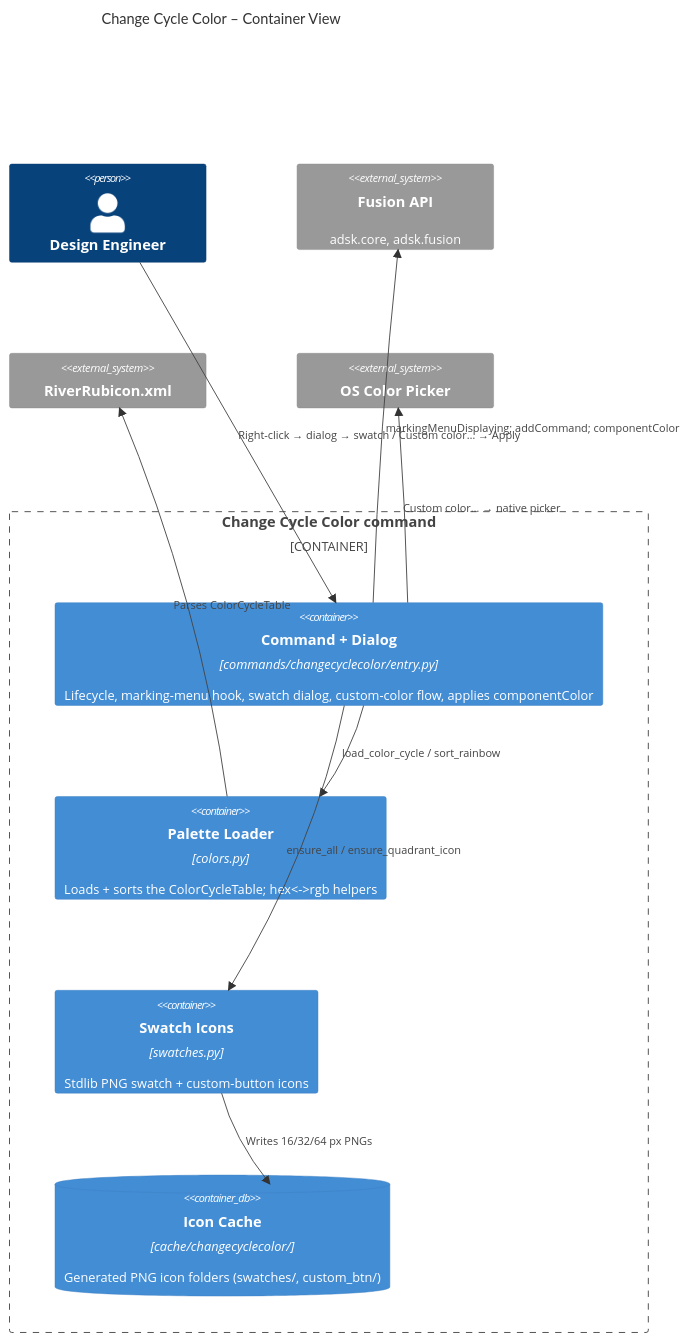
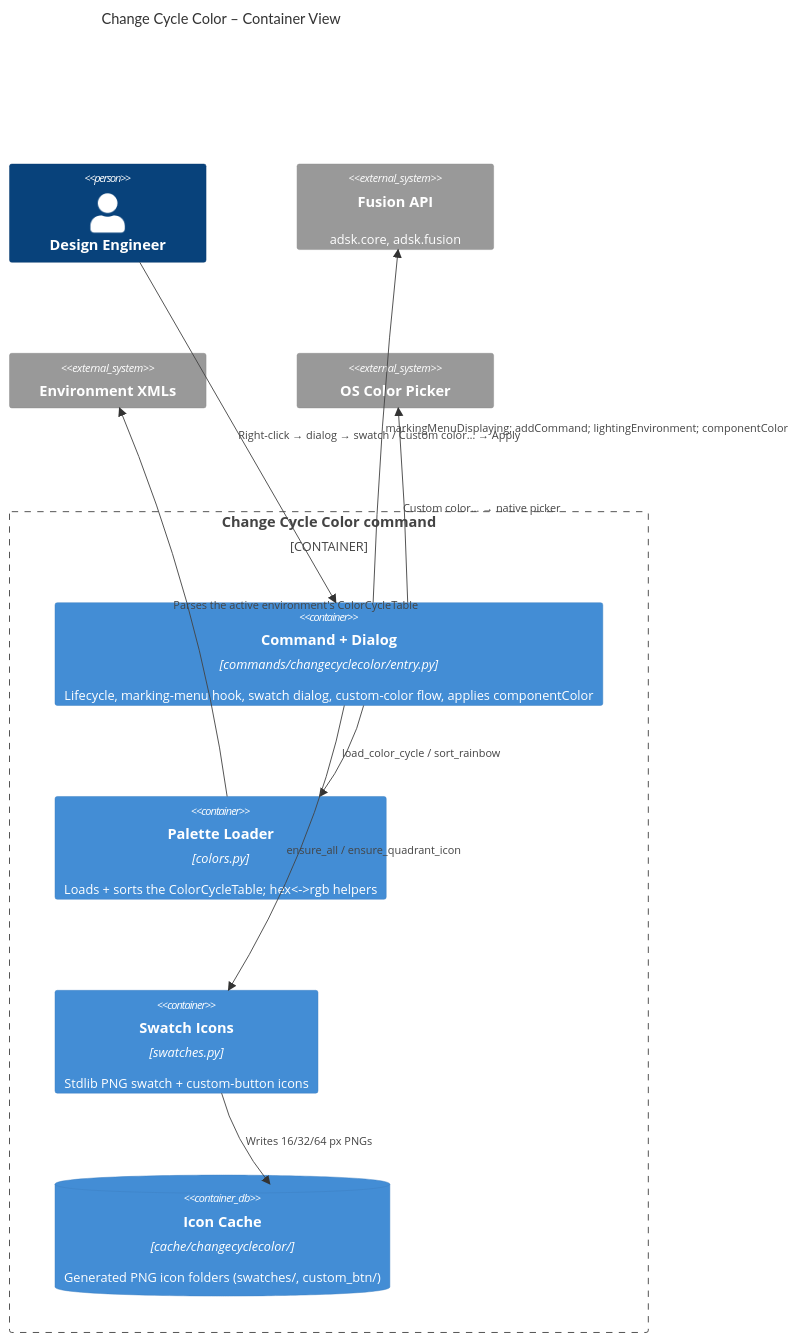
Before and after one commit to schneik80/PowerTools: the second of 5 diagrams in docs/arch/Change Cycle Color.md, drawn with Mermaid. The commit also changed other lines of this file and 3 other files, not shown here.

````diff
--- a/docs/arch/Change Cycle Color.md
+++ b/docs/arch/Change Cycle Color.md
@@ -25,25 +25,25 @@
 ```mermaid
 C4Container
   title Change Cycle Color – Container View
 
   Person(user, "Design Engineer")
 
   Container_Boundary(cmd, "Change Cycle Color command") {
     Container(entry, "Command + Dialog", "commands/changecyclecolor/entry.py", "Lifecycle, marking-menu hook, swatch dialog, custom-color flow, applies componentColor")
     Container(palette, "Palette Loader", "colors.py", "Loads + sorts the ColorCycleTable; hex<->rgb helpers")
     Container(icons, "Swatch Icons", "swatches.py", "Stdlib PNG swatch + custom-button icons")
     ContainerDb(cache, "Icon Cache", "cache/changecyclecolor/", "Generated PNG icon folders (swatches/, custom_btn/)")
   }
 
   System_Ext(fusion, "Fusion API", "adsk.core, adsk.fusion")
-  System_Ext(riverrubicon, "RiverRubicon.xml")
+  System_Ext(riverrubicon, "Environment XMLs")
   System_Ext(ospicker, "OS Color Picker")
 
   Rel(user, entry, "Right-click → dialog → swatch / Custom color… → Apply")
   Rel(entry, palette, "load_color_cycle / sort_rainbow")
   Rel(entry, icons, "ensure_all / ensure_quadrant_icon")
   Rel(icons, cache, "Writes 16/32/64 px PNGs")
-  Rel(palette, riverrubicon, "Parses ColorCycleTable")
-  Rel(entry, fusion, "markingMenuDisplaying; addCommand; componentColor")
+  Rel(palette, riverrubicon, "Parses the active environment's ColorCycleTable")
+  Rel(entry, fusion, "markingMenuDisplaying; addCommand; lightingEnvironment; componentColor")
   Rel(entry, ospicker, "Custom color… → native picker")
 ```
````
